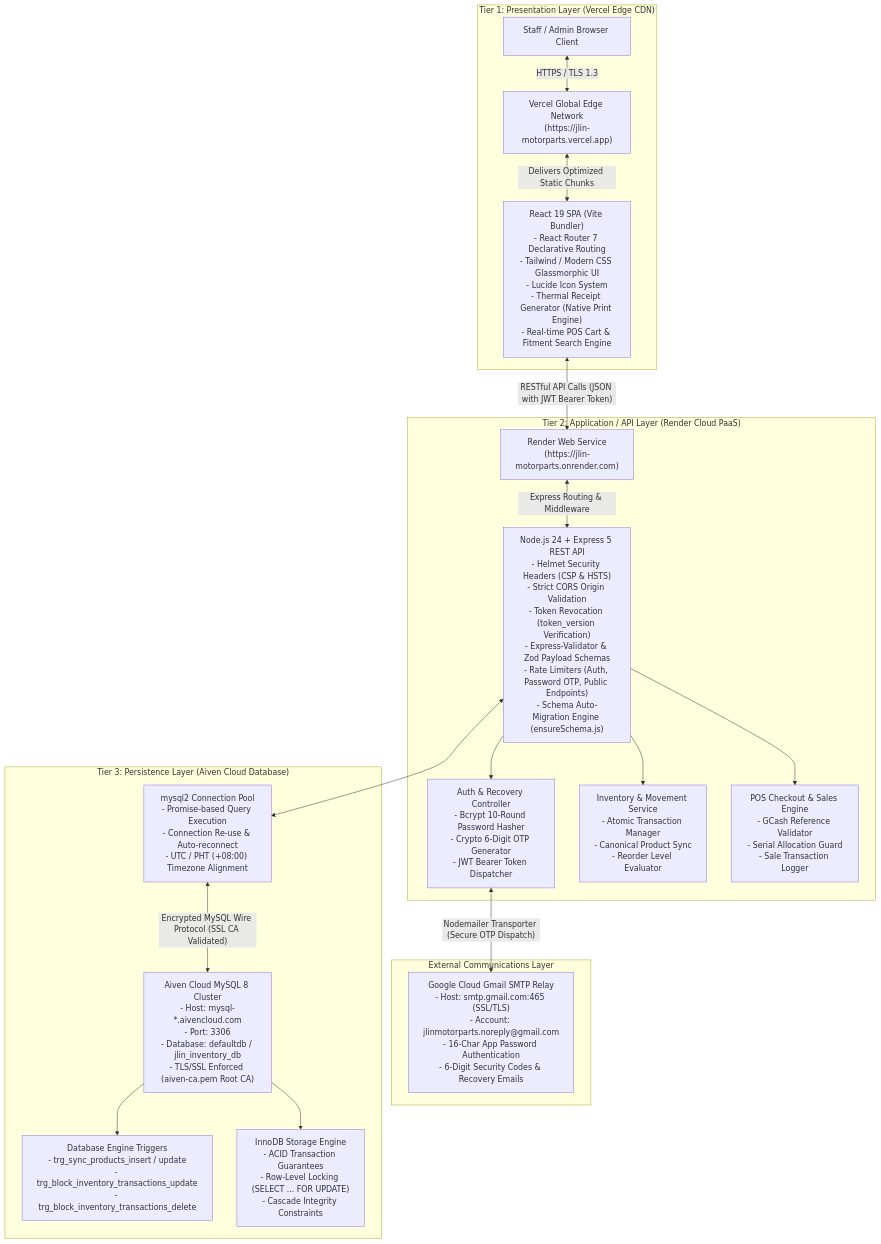
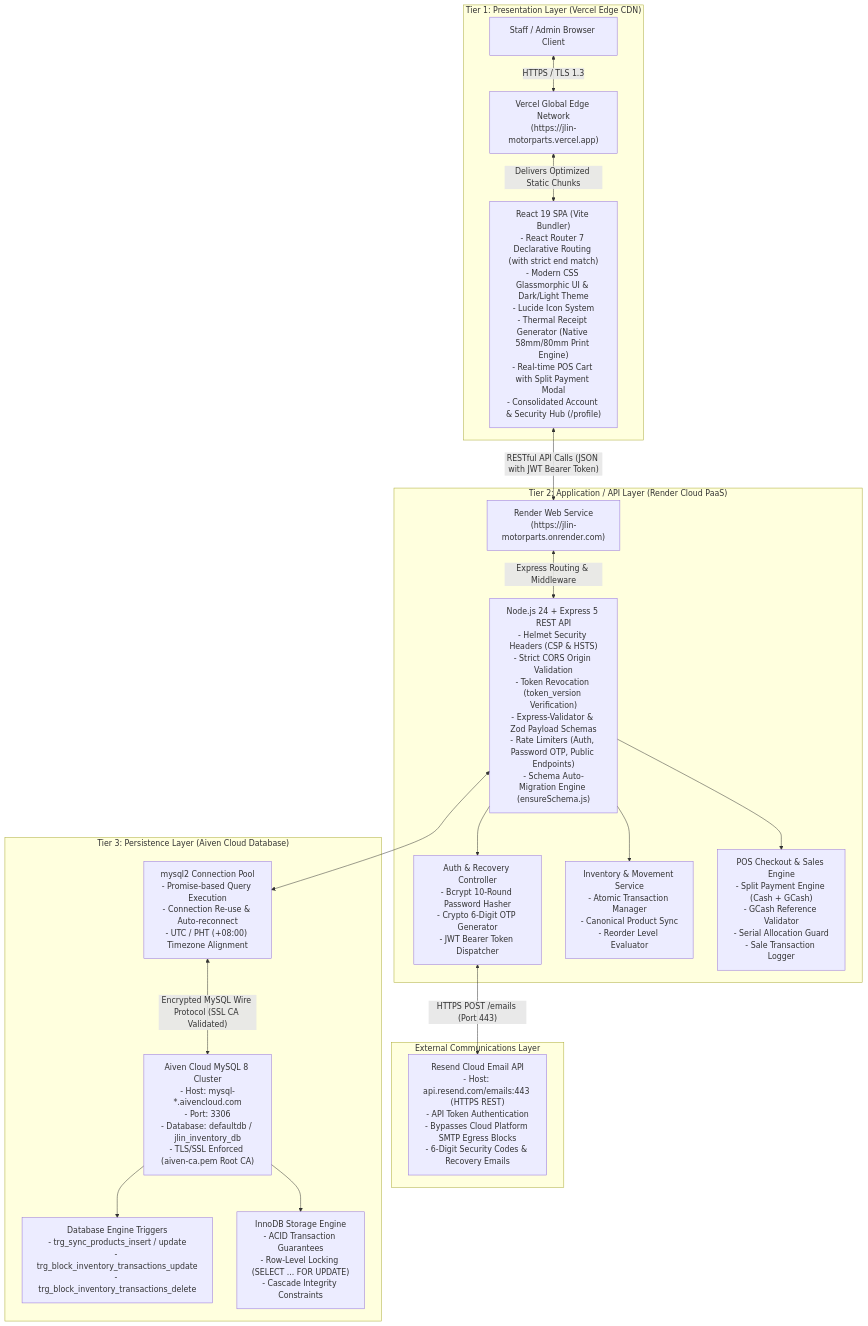
The fourth of 4 diagrams in docs/design_documents.md (CFEVince1/jlin-motorparts), drawn with Mermaid before and after one commit. The commit also changed other lines of this file and 1 other file, not shown here.

Commit message:
docs: update system design documents with split payment, Resend API, and navigation architecture

````diff
--- a/docs/design_documents.md
+++ b/docs/design_documents.md
@@ -406,44 +413,44 @@
 ```mermaid
 flowchart TD
     subgraph Presentation_Tier ["Tier 1: Presentation Layer (Vercel Edge CDN)"]
         Browser["Staff / Admin Browser Client"]
         VercelCDN["Vercel Global Edge Network\n(https://jlin-motorparts.vercel.app)"]
-        ReactApp["React 19 SPA (Vite Bundler)\n- React Router 7 Declarative Routing\n- Tailwind / Modern CSS Glassmorphic UI\n- Lucide Icon System\n- Thermal Receipt Generator (Native Print Engine)\n- Real-time POS Cart & Fitment Search Engine"]
+        ReactApp["React 19 SPA (Vite Bundler)\n- React Router 7 Declarative Routing (with strict end match)\n- Modern CSS Glassmorphic UI & Dark/Light Theme\n- Lucide Icon System\n- Thermal Receipt Generator (Native 58mm/80mm Print Engine)\n- Real-time POS Cart with Split Payment Modal\n- Consolidated Account & Security Hub (/profile)"]
     end
 
     subgraph Application_Tier ["Tier 2: Application / API Layer (Render Cloud PaaS)"]
         RenderService["Render Web Service\n(https://jlin-motorparts.onrender.com)"]
         ExpressApp["Node.js 24 + Express 5 REST API\n- Helmet Security Headers (CSP & HSTS)\n- Strict CORS Origin Validation\n- Token Revocation (token_version Verification)\n- Express-Validator & Zod Payload Schemas\n- Rate Limiters (Auth, Password OTP, Public Endpoints)\n- Schema Auto-Migration Engine (ensureSchema.js)"]
         AuthModule["Auth & Recovery Controller\n- Bcrypt 10-Round Password Hasher\n- Crypto 6-Digit OTP Generator\n- JWT Bearer Token Dispatcher"]
         InventoryModule["Inventory & Movement Service\n- Atomic Transaction Manager\n- Canonical Product Sync\n- Reorder Level Evaluator"]
-        POSModule["POS Checkout & Sales Engine\n- GCash Reference Validator\n- Serial Allocation Guard\n- Sale Transaction Logger"]
+        POSModule["POS Checkout & Sales Engine\n- Split Payment Engine (Cash + GCash)\n- GCash Reference Validator\n- Serial Allocation Guard\n- Sale Transaction Logger"]
     end
 
     subgraph External_Services ["External Communications Layer"]
-        GmailSMTP["Google Cloud Gmail SMTP Relay\n- Host: smtp.gmail.com:465 (SSL/TLS)\n- Account: jlinmotorparts.noreply@gmail.com\n- 16-Char App Password Authentication\n- 6-Digit Security Codes & Recovery Emails"]
+        ResendAPI["Resend Cloud Email API\n- Host: api.resend.com/emails:443 (HTTPS REST)\n- API Token Authentication\n- Bypasses Cloud Platform SMTP Egress Blocks\n- 6-Digit Security Codes & Recovery Emails"]
     end
 
     subgraph Data_Tier ["Tier 3: Persistence Layer (Aiven Cloud Database)"]
         AivenDB["Aiven Cloud MySQL 8 Cluster\n- Host: mysql-*.aivencloud.com\n- Port: 3306\n- Database: defaultdb / jlin_inventory_db\n- TLS/SSL Enforced (aiven-ca.pem Root CA)"]
         ConnectionPool["mysql2 Connection Pool\n- Promise-based Query Execution\n- Connection Re-use & Auto-reconnect\n- UTC / PHT (+08:00) Timezone Alignment"]
         Triggers["Database Engine Triggers\n- trg_sync_products_insert / update\n- trg_block_inventory_transactions_update\n- trg_block_inventory_transactions_delete"]
         StorageEngine["InnoDB Storage Engine\n- ACID Transaction Guarantees\n- Row-Level Locking (SELECT ... FOR UPDATE)\n- Cascade Integrity Constraints"]
     end
 
     %% Connections
     Browser <-->|"HTTPS / TLS 1.3"| VercelCDN
     VercelCDN <-->|"Delivers Optimized Static Chunks"| ReactApp
     ReactApp <-->|"RESTful API Calls (JSON with JWT Bearer Token)"| RenderService
     RenderService <-->|"Express Routing & Middleware"| ExpressApp
 
     ExpressApp --> AuthModule
     ExpressApp --> InventoryModule
     ExpressApp --> POSModule
 
-    AuthModule <-->|"Nodemailer Transporter (Secure OTP Dispatch)"| GmailSMTP
+    AuthModule <-->|"HTTPS POST /emails (Port 443)"| ResendAPI
 
     ExpressApp <--> ConnectionPool
     ConnectionPool <-->|"Encrypted MySQL Wire Protocol (SSL CA Validated)"| AivenDB
     AivenDB --> Triggers
     AivenDB --> StorageEngine
 ```
````
